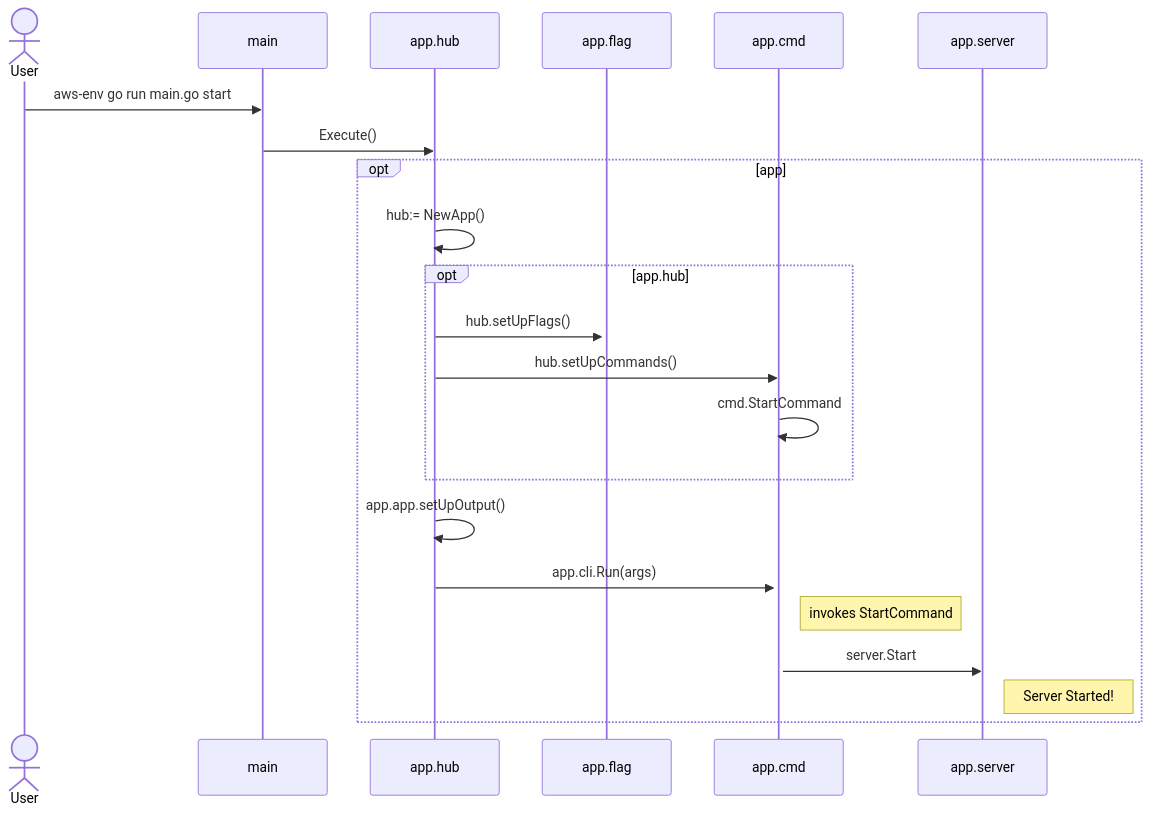
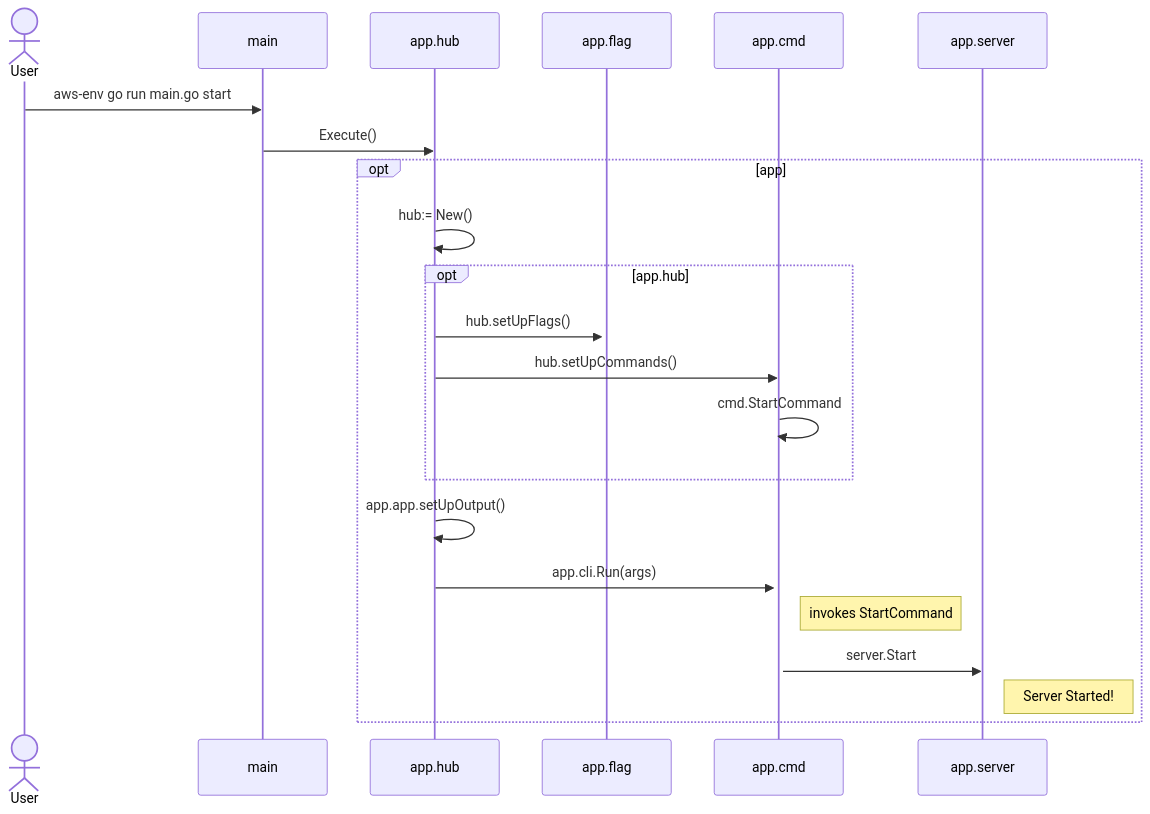
One commit to rajasoun/aws-hub changed the diagram in docs/flow.md. Above: the diagram before and after it, drawn with Mermaid. The commit also changed 2 other files, not shown here.

Commit message:
refactor(api) :  package structure

````diff
--- a/docs/flow.md
+++ b/docs/flow.md
@@ -18,19 +18,19 @@
 ```mermaid
 sequenceDiagram
     actor User
     User ->> main : aws-env go run main.go start
     main ->> app.hub: Execute()
     opt app
-        app.hub ->> app.hub: hub:= NewApp()
+        app.hub ->> app.hub: hub:= New()
         opt app.hub
             app.hub  ->> + app.flag: hub.setUpFlags()
             app.hub  ->>    app.cmd: hub.setUpCommands()
             app.cmd  ->> + app.cmd: cmd.StartCommand
         end
         app.hub ->> app.hub: app.app.setUpOutput()
         app.hub ->> app.cmd: app.cli.Run(args)
         Note right of app.cmd: invokes StartCommand
         app.cmd ->> app.server: server.Start
         Note right of app.server: Server Started!
     end
 ```
````
